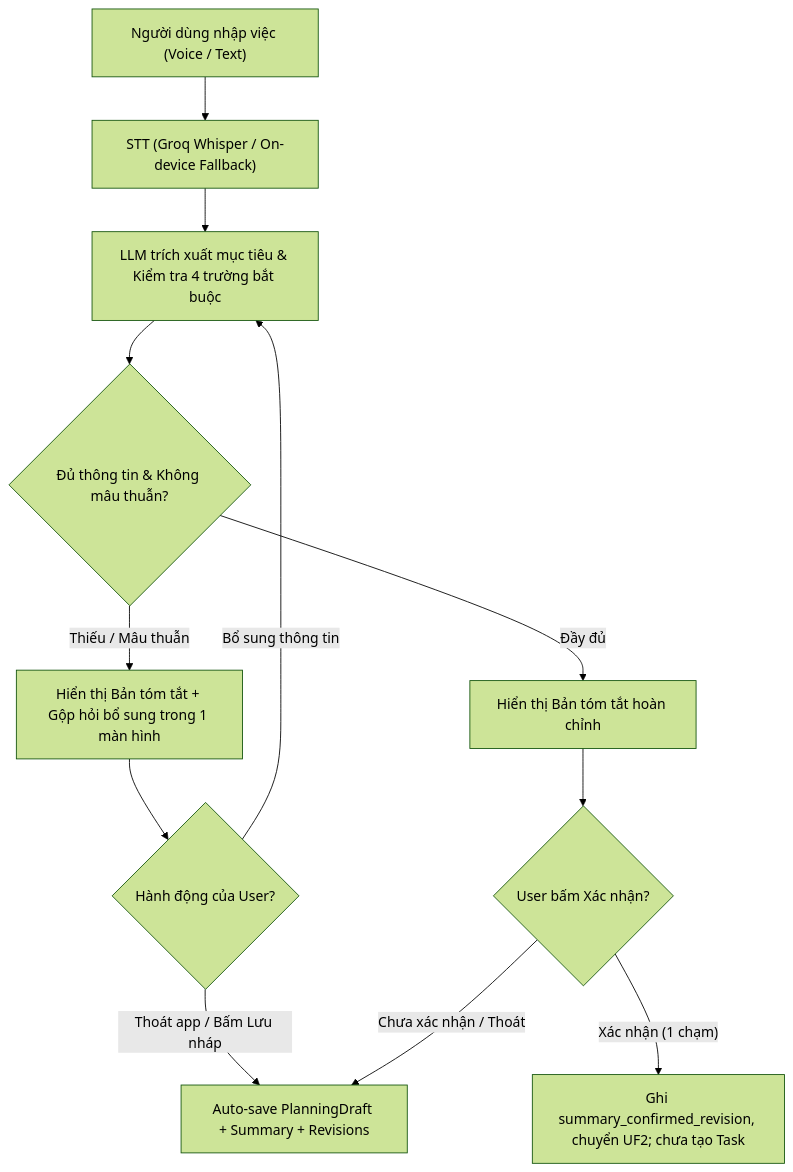
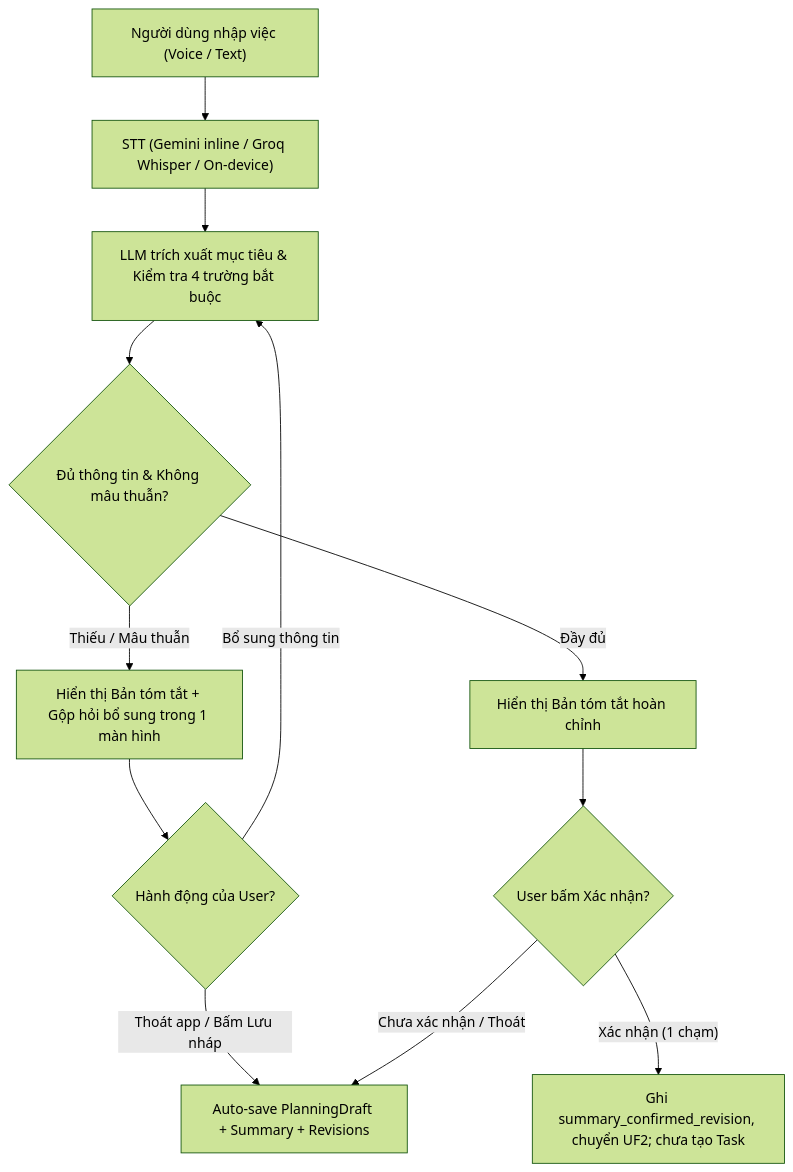
Before and after one commit to hmintrun/virtual-assistant-for-ADHD: the third of 6 diagrams in Project.md, drawn with Mermaid (forest theme). The commit also changed other lines of this file and 7 other files, not shown here.

````diff
--- a/Project.md
+++ b/Project.md
@@ -312,14 +312,14 @@
 ```mermaid
 flowchart TD
-    A["Người dùng nhập việc (Voice / Text)"] --> B["STT (Groq Whisper / On-device Fallback)"]
+    A["Người dùng nhập việc (Voice / Text)"] --> B["STT (Gemini inline / Groq Whisper / On-device)"]
     B --> C["LLM trích xuất mục tiêu & Kiểm tra 4 trường bắt buộc"]
     C --> D{"Đủ thông tin & Không mâu thuẫn?"}
     D -->|"Thiếu / Mâu thuẫn"| E["Hiển thị Bản tóm tắt + Gộp hỏi bổ sung trong 1 màn hình"]
     E --> F{"Hành động của User?"}
     F -->|"Thoát app / Bấm Lưu nháp"| G["Auto-save PlanningDraft + Summary + Revisions"]
     F -->|"Bổ sung thông tin"| C
     D -->|"Đầy đủ"| H["Hiển thị Bản tóm tắt hoàn chỉnh"]
     H --> I{"User bấm Xác nhận?"}
     I -->|"Chưa xác nhận / Thoát"| G
     I -->|"Xác nhận (1 chạm)"| J["Ghi summary_confirmed_revision, chuyển UF2; chưa tạo Task"]
 ```
````
